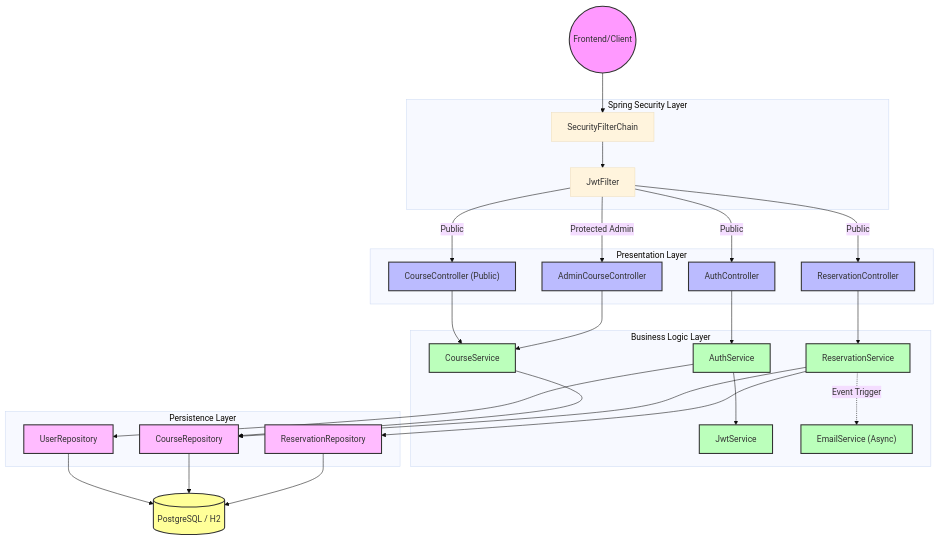
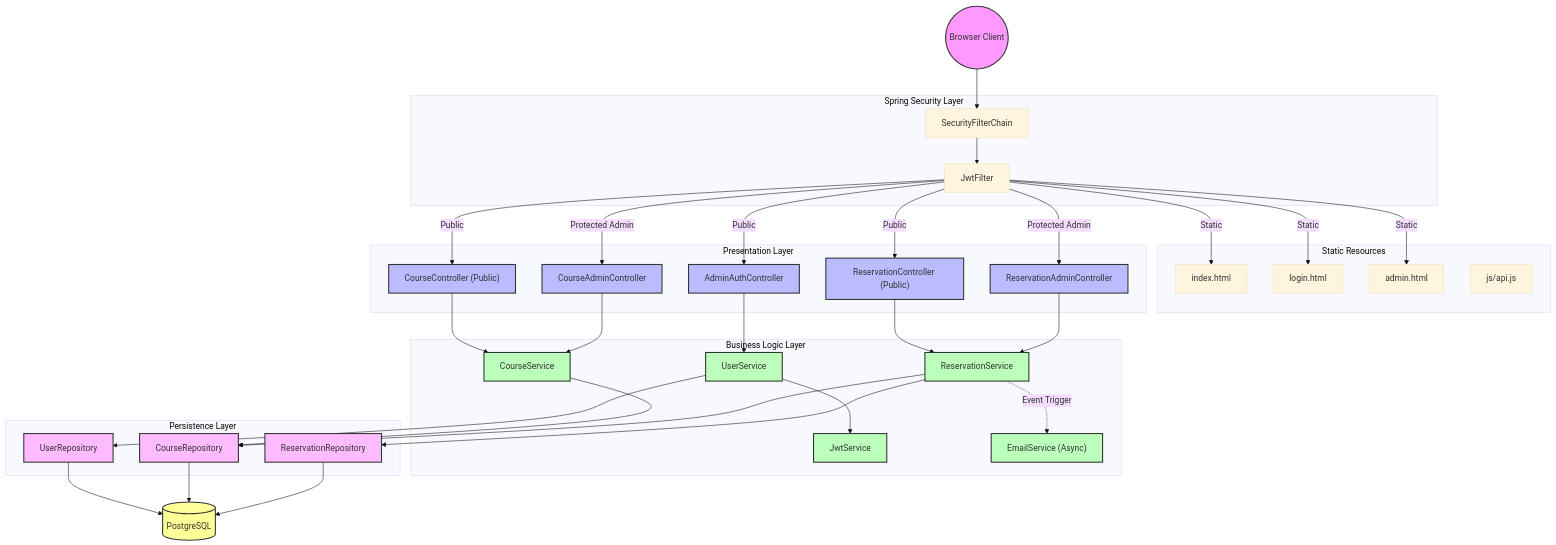
One commit to IMENO07/souplesse-pilate changed the first of 3 diagrams in Docs/Back_end.md. Above: the diagram before and after it, drawn with Mermaid (base theme). The commit also changed other lines of this file and 5 other files, not shown here.

First line of the commit message:
docs: fully rewrite all specification documents to reflect current monolithic architecture

````diff
--- a/Docs/Back_end.md
+++ b/Docs/Back_end.md
@@ -27,64 +29,75 @@
 ```mermaid
 graph TD
-    %% Define styles
     classDef external fill:#f9f,stroke:#333,stroke-width:2px;
     classDef controller fill:#bbf,stroke:#333,stroke-width:2px;
     classDef service fill:#bfb,stroke:#333,stroke-width:2px;
     classDef repository fill:#fbf,stroke:#333,stroke-width:2px;
     classDef db fill:#ff9,stroke:#333,stroke-width:2px;
     
-    Client(("Frontend/Client")):::external
+    Client(("Browser Client")):::external
     
     subgraph Spring Security Layer
         JWT["JwtFilter"]
         SecurityChain["SecurityFilterChain"]
     end
+
+    subgraph Static Resources
+        IndexHTML["index.html"]
+        LoginHTML["login.html"]
+        AdminHTML["admin.html"]
+        JSAPI["js/api.js"]
+    end
     
     subgraph Presentation Layer 
-        AuthCtrl["AuthController"]:::controller
+        AuthCtrl["AdminAuthController"]:::controller
         CourseCtrl["CourseController (Public)"]:::controller
-        AdminCourseCtrl["AdminCourseController"]:::controller
-        ResvrCtrl["ReservationController"]:::controller
+        AdminCourseCtrl["CourseAdminController"]:::controller
+        ResvrCtrl["ReservationController (Public)"]:::controller
+        ResvrAdminCtrl["ReservationAdminController"]:::controller
     end
     
     subgraph Business Logic Layer
-        AuthSvc["AuthService"]:::service
+        UserSvc["UserService"]:::service
         JwtSvc["JwtService"]:::service
         CourseSvc["CourseService"]:::service
         ResvrSvc["ReservationService"]:::service
         EmailSvc["EmailService (Async)"]:::service
     end
     
     subgraph Persistence Layer
         UserRepo["UserRepository"]:::repository
         CourseRepo["CourseRepository"]:::repository
         ResvrRepo["ReservationRepository"]:::repository
     end
     
-    Database[("PostgreSQL / H2")]:::db
+    Database[("PostgreSQL")]:::db
 
-    %% Connections
     Client --> SecurityChain
     SecurityChain --> JWT
+    JWT --> |Static| IndexHTML
+    JWT --> |Static| LoginHTML
+    JWT --> |Static| AdminHTML
     JWT --> |Public| CourseCtrl
     JWT --> |Public| ResvrCtrl
     JWT --> |Public| AuthCtrl
     JWT --> |Protected Admin| AdminCourseCtrl
+    JWT --> |Protected Admin| ResvrAdminCtrl
     
-    AuthCtrl --> AuthSvc
-    AuthSvc --> JwtSvc
-    AuthSvc --> UserRepo
+    AuthCtrl --> UserSvc
+    UserSvc --> JwtSvc
+    UserSvc --> UserRepo
     
     CourseCtrl --> CourseSvc
     AdminCourseCtrl --> CourseSvc
     CourseSvc --> CourseRepo
     
     ResvrCtrl --> ResvrSvc
+    ResvrAdminCtrl --> ResvrSvc
     ResvrSvc --> CourseRepo
     ResvrSvc --> ResvrRepo
     ResvrSvc -.-> |Event Trigger| EmailSvc
     
     UserRepo --> Database
     CourseRepo --> Database
     ResvrRepo --> Database
 ```
````
